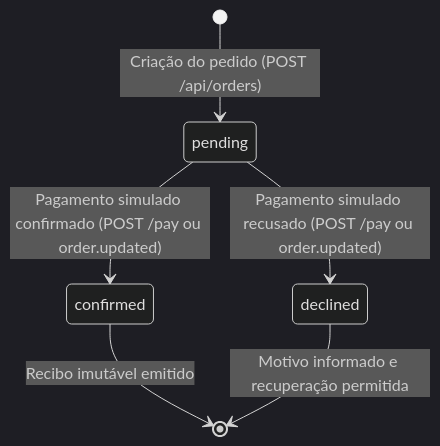
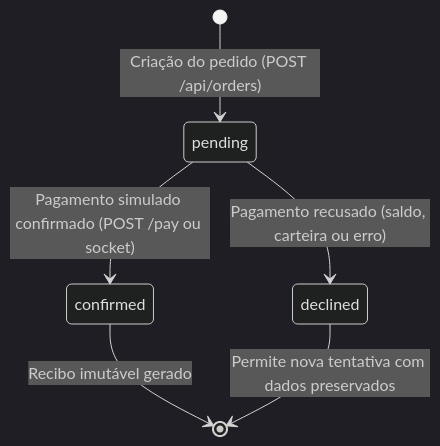
Before and after one commit to Pedroo07/frontend-challenge: the diagram in ARCHITECTURE.md, drawn with Mermaid (dark theme). The commit also changed other lines of this file and 1 other file, not shown here.

Commit message:
docs: update readme and architecture with system capabilities, test coverage, and deployment guide

````diff
--- a/ARCHITECTURE.md
+++ b/ARCHITECTURE.md
@@ -203,8 +95,8 @@
 ```mermaid
 stateDiagram-v2
     [*] --> pending: Criação do pedido (POST /api/orders)
-    pending --> confirmed: Pagamento simulado confirmado (POST /pay ou order.updated)
-    pending --> declined: Pagamento simulado recusado (POST /pay ou order.updated)
-    confirmed --> [*]: Recibo imutável emitido
-    declined --> [*]: Motivo informado e recuperação permitida
+    pending --> confirmed: Pagamento simulado confirmado (POST /pay ou socket)
+    pending --> declined: Pagamento recusado (saldo, carteira ou erro)
+    confirmed --> [*]: Recibo imutável gerado
+    declined --> [*]: Permite nova tentativa com dados preservados
 ```
````
